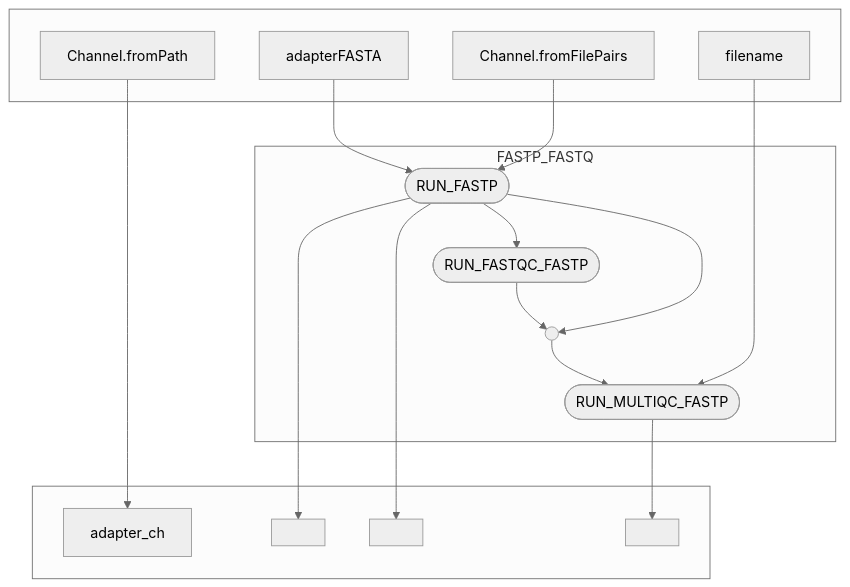
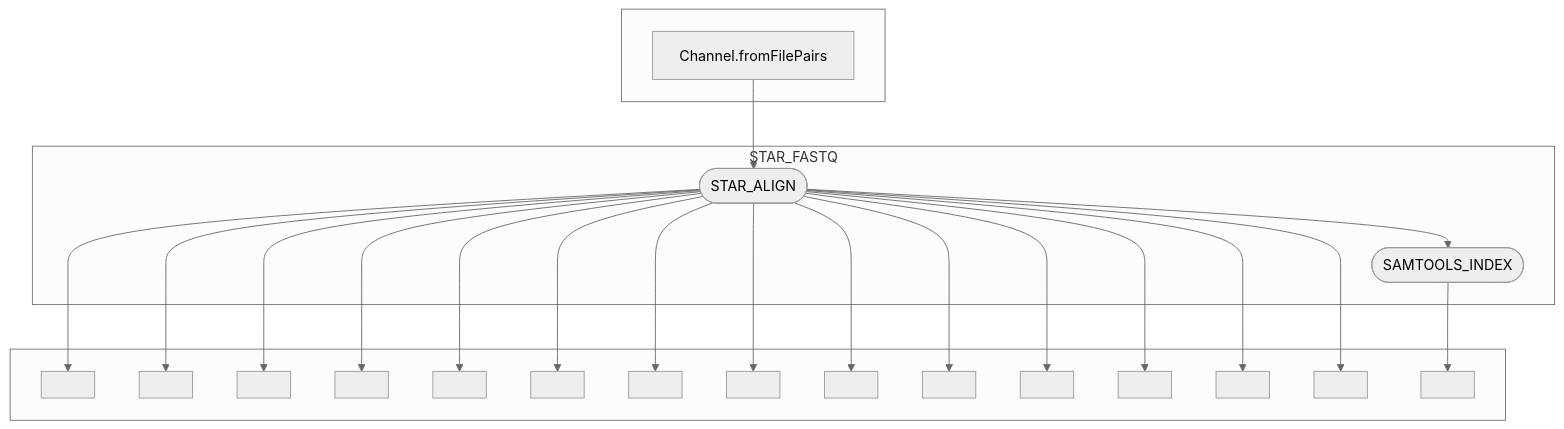
The third of 4 diagrams in nextflow/README.md (tansey-lab/nf-rnaseq), drawn with Mermaid (neutral theme) before and after one commit. The commit also changed other lines of this file, not shown here.

Commit message:
manually restructured DAGs

````diff
--- a/nextflow/README.md
+++ b/nextflow/README.md
@@ -87,32 +72,44 @@
 ```mermaid
 flowchart TB
     subgraph " "
-    v0["Channel.fromFilePairs"]
-    v1["Channel.fromPath"]
-    v3["adapterFASTA"]
-    v11["filename"]
+    v2["Channel.fromFilePairs"]
     end
     subgraph " "
-    v2["adapter_ch"]
+    v4[" "]
     v5[" "]
     v6[" "]
+    v7[" "]
+    v8[" "]
+    v9[" "]
+    v10[" "]
+    v11[" "]
+    v12[" "]
     v13[" "]
+    v14[" "]
+    v15[" "]
+    v16[" "]
+    v17[" "]
+    v19[" "]
     end
-    subgraph FASTP_FASTQ
-    v4([RUN_FASTP])
-    v7([RUN_FASTQC_FASTP])
-    v12([RUN_MULTIQC_FASTP])
-    v8(( ))
+    subgraph STAR_FASTQ
+    v3([STAR_ALIGN])
+    v18([SAMTOOLS_INDEX])
     end
-    v0 --> v4
-    v1 --> v2
+    v2 --> v3
+    v3 --> v17
+    v3 --> v16
+    v3 --> v15
+    v3 --> v14
+    v3 --> v18
+    v3 --> v13
+    v3 --> v12
+    v3 --> v11
+    v3 --> v10
+    v3 --> v9
+    v3 --> v8
+    v3 --> v7
+    v3 --> v6
+    v3 --> v5
     v3 --> v4
-    v4 --> v7
-    v4 --> v6
-    v4 --> v5
-    v4 --> v8
-    v7 --> v8
-    v11 --> v12
-    v8 --> v12
-    v12 --> v13
+    v18 --> v19
 ```
````
